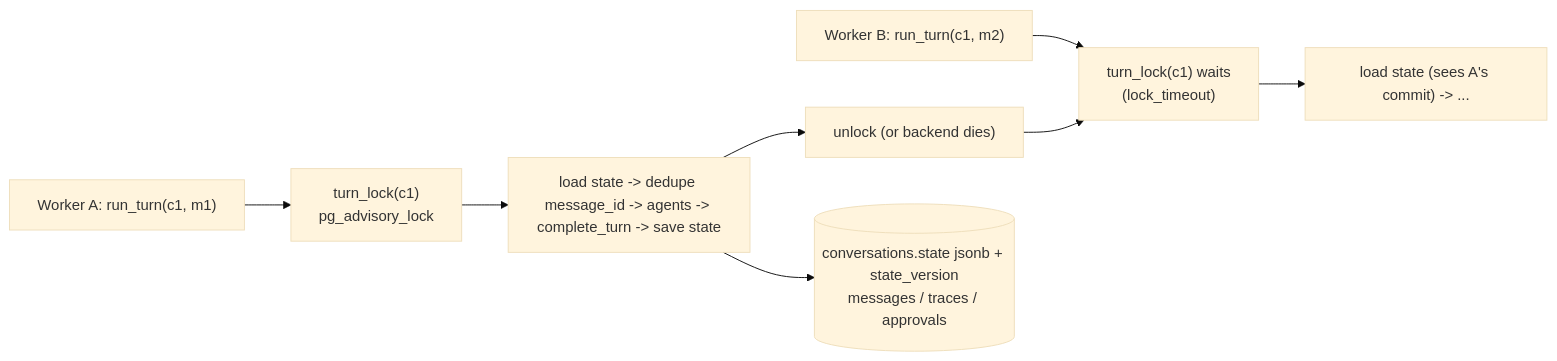
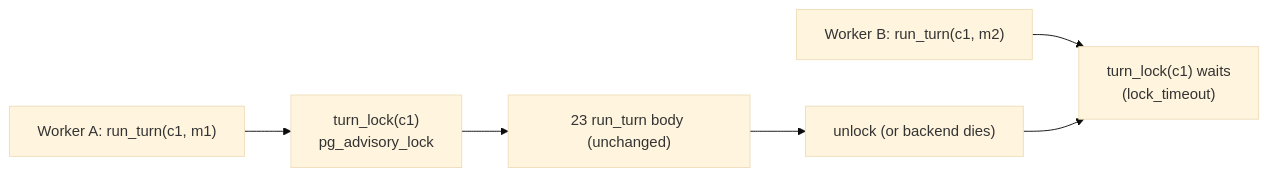
The diagram in docs/plans/24-turn_locking_state_rebuild/design.md (yaara-manor/cato-networks), drawn with Mermaid (base theme) before and after one commit. The commit also changed other lines of this file and 2 other files, not shown here.

````diff
--- a/docs/plans/24-turn_locking_state_rebuild/design.md
+++ b/docs/plans/24-turn_locking_state_rebuild/design.md
@@ -16,10 +16,8 @@
 ```mermaid
 flowchart LR
     A["Worker A: run_turn(c1, m1)"] --> LA["turn_lock(c1)\npg_advisory_lock"]
     B["Worker B: run_turn(c1, m2)"] --> LB["turn_lock(c1) waits\n(lock_timeout)"]
-    LA --> Run["load state -> dedupe message_id -> agents -> complete_turn -> save state"]
+    LA --> Run["23 run_turn body (unchanged)"]
     Run --> Rel["unlock (or backend dies)"]
     Rel --> LB
-    LB --> Run2["load state (sees A's commit) -> ..."]
-    Run --> DB[("conversations.state jsonb + state_version\nmessages / traces / approvals")]
 ```
````
